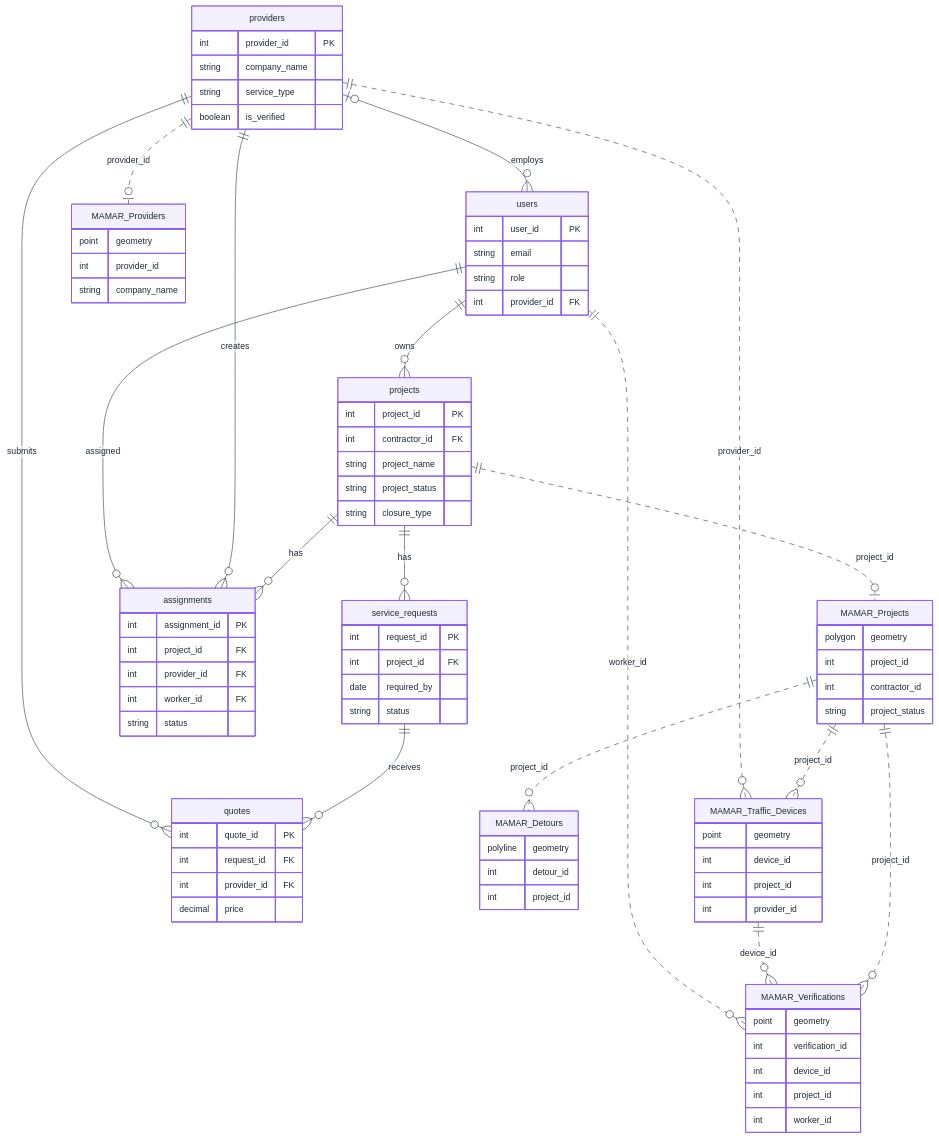
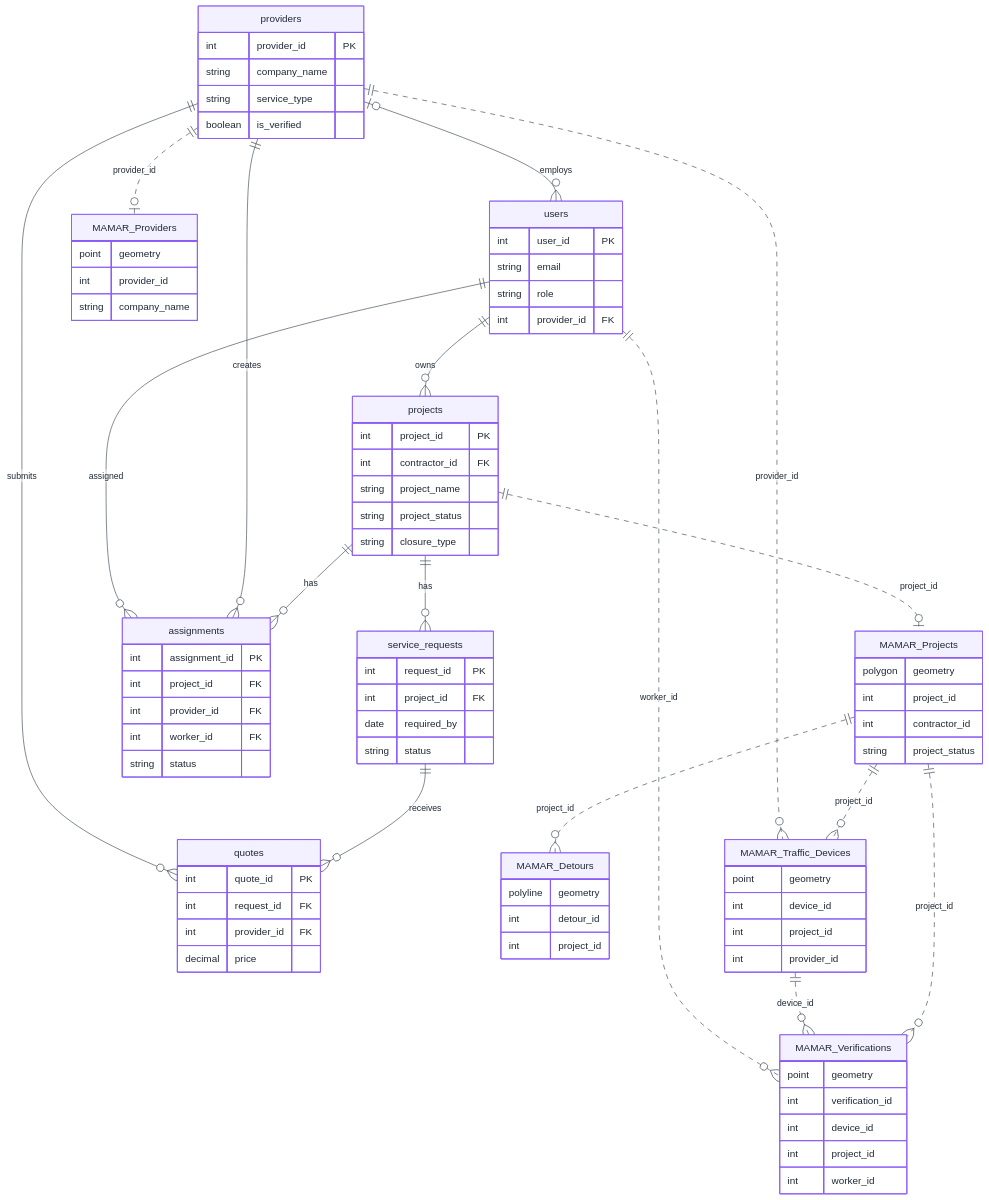
Before and after one commit to janaalhazmi/MAMAR: the third of 6 diagrams in Stage 3: Technical Documentation/README.md, drawn with Mermaid. The commit also changed other lines of this file, not shown here.

Commit message:
Polish and standardize Stage 3 Mermaid diagrams

````diff
--- a/Stage 3: Technical Documentation/README.md
+++ b/Stage 3: Technical Documentation/README.md
@@ -424,5 +428,5 @@
 ```mermaid
-%%{init: {"theme": "base", "themeVariables": {"background": "#FFFFFF", "primaryColor": "#F3F0FF", "primaryTextColor": "#1F2937", "primaryBorderColor": "#8B5CF6", "lineColor": "#374151", "secondaryColor": "#F3F0FF", "tertiaryColor": "#FFFFFF", "actorBkg": "#F3F0FF", "actorBorder": "#8B5CF6", "actorTextColor": "#1F2937", "signalColor": "#374151", "signalTextColor": "#1F2937", "labelBoxBkgColor": "#F3F0FF", "labelBoxBorderColor": "#8B5CF6", "noteBkgColor": "#F3F0FF", "noteBorderColor": "#8B5CF6", "fontFamily": "Arial", "fontSize": "14px"}}}%%
+%%{init: {"theme":"base","themeVariables":{"background":"#FFFFFF","primaryColor":"#F3F0FF","primaryTextColor":"#1F2937","primaryBorderColor":"#8B5CF6","lineColor":"#374151","secondaryColor":"#F3F0FF","tertiaryColor":"#FFFFFF","actorBkg":"#F3F0FF","actorBorder":"#8B5CF6","actorTextColor":"#1F2937","signalColor":"#374151","signalTextColor":"#1F2937","labelBoxBkgColor":"#F3F0FF","labelBoxBorderColor":"#8B5CF6","noteBkgColor":"#F3F0FF","noteBorderColor":"#8B5CF6","fontFamily":"Arial, sans-serif","fontSize":"16px"}}}%%
 erDiagram
     providers |o--o{ users : employs
     users ||--o{ projects : owns
````
